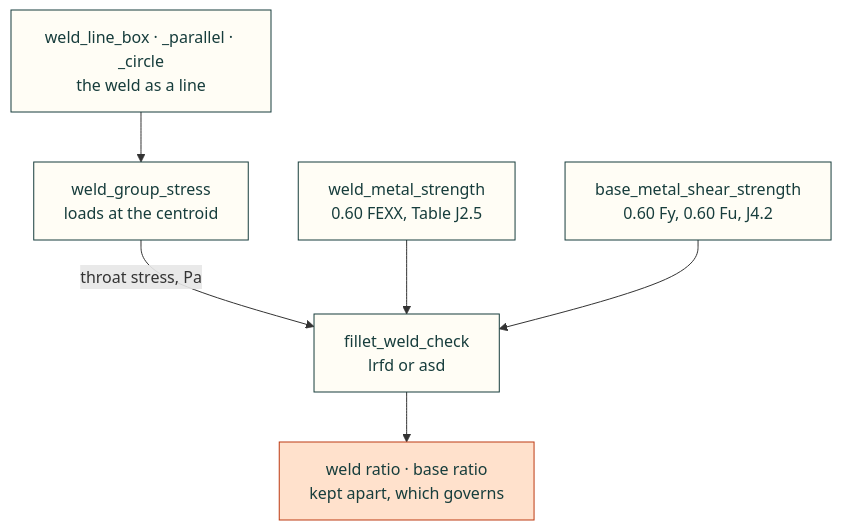
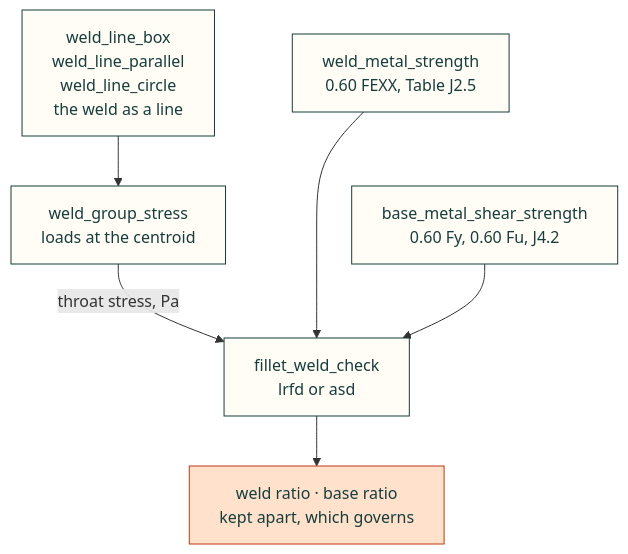
Before and after one commit to Valpatel/cad-agent: the second of 2 diagrams in docs/formulas.md, drawn with Mermaid.

Commit message:
docs: the weld diagram fits the article column (#578)
Both browser jobs failed on the site's diagram-width check: at a
1100 px window the weld-check diagram on docs/formulas.md was 819 px
wide and the column has 641 px. Three boxes of about 25 characters
stood on one rank (weld_group_stress and the two strength functions).

An invisible link puts base_metal_shear_strength a rank below
weld_metal_strength, so no rank has more than two boxes, and the
weld-line functions are named one per line. Drawn locally by the site
build in Chromium: 604 px. The same build drew the previous commit's
diagram at CI's 819 px.

````diff
--- a/docs/formulas.md
+++ b/docs/formulas.md
@@ -222,13 +222,14 @@
 ```mermaid
 flowchart TD
-    G["weld_line_box · _parallel · _circle<br/>the weld as a line"] --> S["weld_group_stress<br/>loads at the centroid"]
+    G["weld_line_box<br/>weld_line_parallel<br/>weld_line_circle<br/>the weld as a line"] --> S["weld_group_stress<br/>loads at the centroid"]
     S -->|"throat stress, Pa"| C["fillet_weld_check<br/>lrfd or asd"]
     W["weld_metal_strength<br/>0.60 FEXX, Table J2.5"] --> C
     B["base_metal_shear_strength<br/>0.60 Fy, 0.60 Fu, J4.2"] --> C
+    W ~~~ B
     C --> R["weld ratio · base ratio<br/>kept apart, which governs"]
     classDef here fill:#fffdf5,stroke:#173d3c,color:#173d3c
     classDef near fill:#eef1e4,stroke:#6f8a80,color:#173d3c
     classDef out fill:#ffe1cc,stroke:#bd3a12,color:#173d3c
     class G,S,C,W,B here
     class R out
 ```
````
